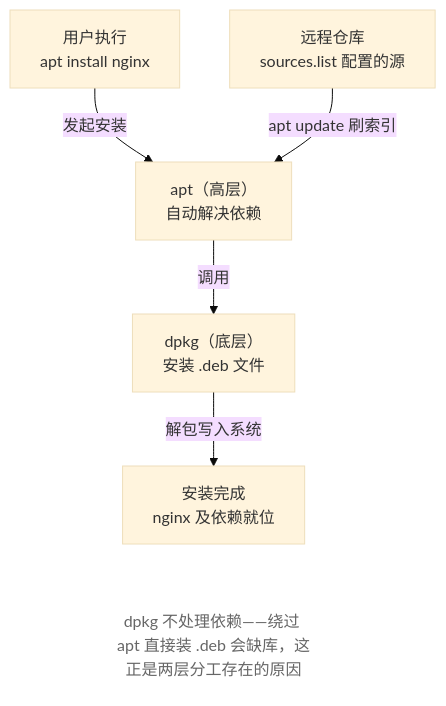
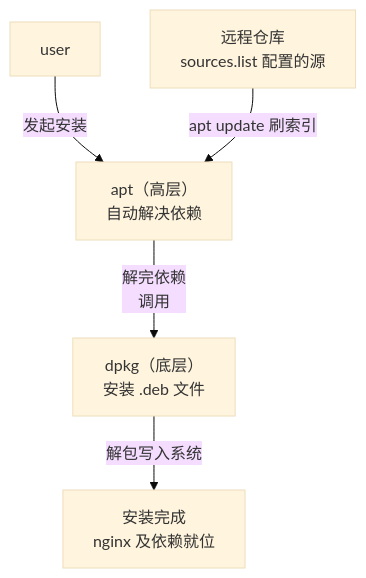
Before and after one commit to wangxiangnan/wangxiangnan.github.io: the second of 2 diagrams in src/linux-command/ch08.md, drawn with Mermaid (base theme). The commit also changed other lines of this file and 15 other files, not shown here.

````diff
--- a/src/linux-command/ch08.md
+++ b/src/linux-command/ch08.md
@@ -51,13 +51,12 @@
 ```mermaid
 flowchart TB
-    U["用户执行<br>apt install nginx"] -->|发起安装| A["apt（高层）<br>自动解决依赖"]
-    R["远程仓库<br>sources.list 配置的源"] -->|apt update 刷索引| A
-    A -->|调用| D["dpkg（底层）<br>安装 .deb 文件"]
-    D -->|解包写入系统| F["安装完成<br>nginx 及依赖就位"]
-    N["dpkg 不处理依赖——绕过 apt 直接装 .deb 会缺库，这正是两层分工存在的原因"]
-
-    F ~~~ N
-
-    classDef note fill:none,stroke:none,color:#666
-    class N note
+    U["user"]
+    A["apt（高层）<br>自动解决依赖"]
+    R["远程仓库<br>sources.list 配置的源"]
+    D["dpkg（底层）<br>安装 .deb 文件"]
+    F["安装完成<br>nginx 及依赖就位"]
+    U -->|"发起安装"| A
+    R -->|"apt update 刷索引"| A
+    A -->|"解完依赖<br>调用"| D
+    D -->|"解包写入系统"| F
 ```
````
